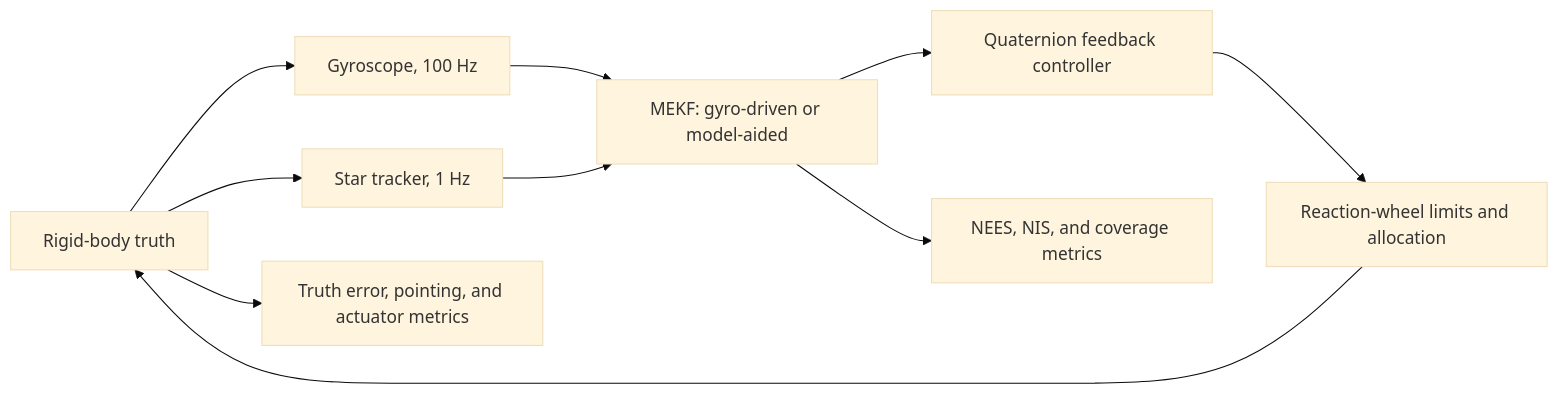
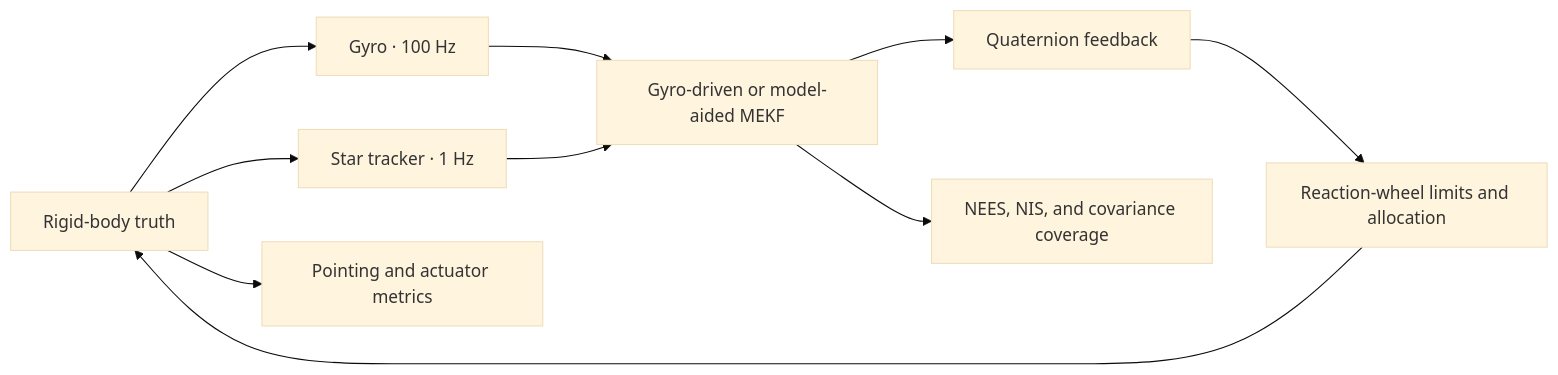
One commit to ISHMAEL555/Robust-Spacecraft-Attitude-Estimation-and-Control-Under-Model-Uncertainty changed the diagram in README.md. Above: the diagram before and after it, drawn with Mermaid (base theme). The commit also changed other lines of this file and 4 other files, not shown here.

````diff
--- a/README.md
+++ b/README.md
@@ -58,12 +19,12 @@
 ```mermaid
 flowchart LR
-    T[Rigid-body truth] --> G[Gyroscope, 100 Hz]
-    T --> S[Star tracker, 1 Hz]
-    G --> F[MEKF: gyro-driven or model-aided]
+    T[Rigid-body truth] --> G[Gyro · 100 Hz]
+    T --> S[Star tracker · 1 Hz]
+    G --> F[Gyro-driven or model-aided MEKF]
     S --> F
-    F --> C[Quaternion feedback controller]
+    F --> C[Quaternion feedback]
     C --> W[Reaction-wheel limits and allocation]
     W --> T
-    T --> M[Truth error, pointing, and actuator metrics]
-    F --> N[NEES, NIS, and coverage metrics]
+    T --> M[Pointing and actuator metrics]
+    F --> N[NEES, NIS, and covariance coverage]
 ```
````
